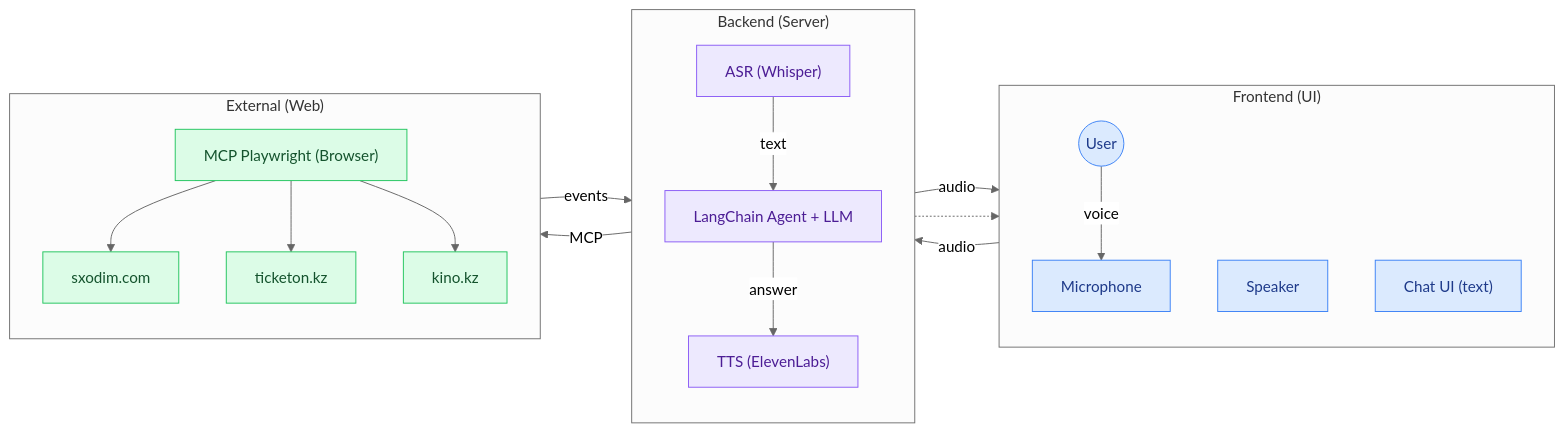
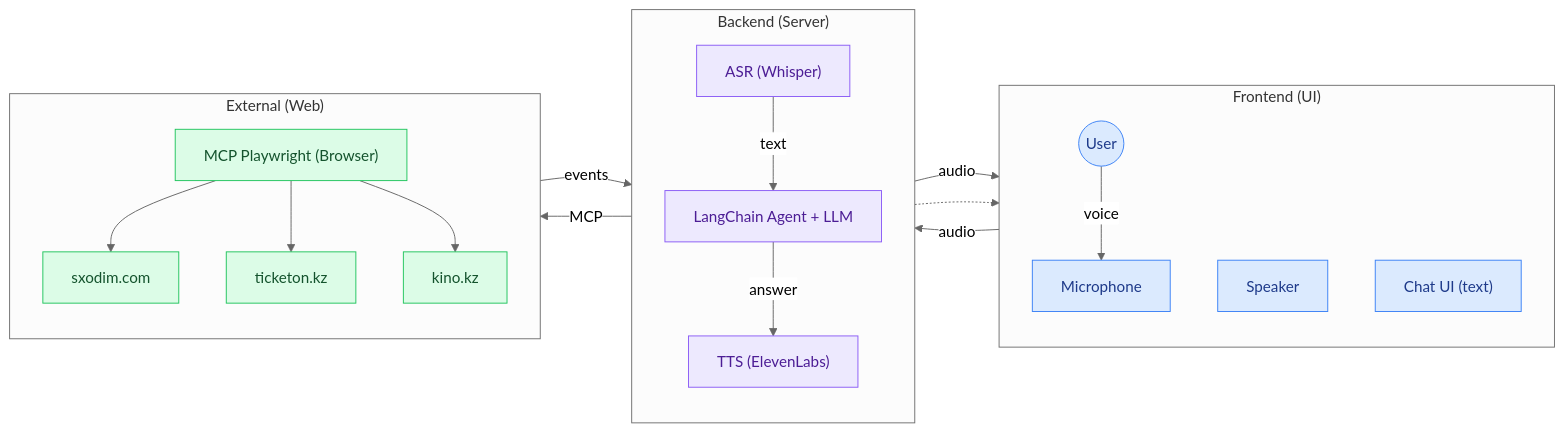
One commit to tazabekov/nfactorial-217-project-17-audio-models changed the diagram in README.md. Above: the diagram before and after it, drawn with Mermaid (neutral theme).

Commit message:
Force Frontend/Backend/External column order in Mermaid diagram

````diff
--- a/README.md
+++ b/README.md
@@ -39,45 +39,47 @@
 ```mermaid
 flowchart LR
     subgraph FE["Frontend (UI)"]
         direction TB
         User(("User"))
         Mic["Microphone"]
         Speaker["Speaker"]
         ChatUI["Chat UI (text)"]
         User -- voice --> Mic
     end
 
     subgraph BE["Backend (Server)"]
         direction TB
         ASR["ASR (Whisper)"]
         Agent["LangChain Agent + LLM"]
         TTS["TTS (ElevenLabs)"]
         ASR -- text --> Agent
         Agent -- answer --> TTS
     end
 
     subgraph EXT["External (Web)"]
         direction TB
         MCPTool["MCP Playwright (Browser)"]
         Sxodim["sxodim.com"]
         Ticketon["ticketon.kz"]
         Kino["kino.kz"]
         MCPTool --> Sxodim
         MCPTool --> Ticketon
         MCPTool --> Kino
     end
 
+    FE ~~~ BE ~~~ EXT
+
     Mic -- audio --> ASR
     Agent -- MCP --> MCPTool
     MCPTool -- events --> Agent
     TTS -- audio --> Speaker
     TTS -.-> ChatUI
 
     classDef frontend fill:#dbeafe,stroke:#3b82f6,color:#1e3a8a;
     classDef backend fill:#ede9fe,stroke:#8b5cf6,color:#4c1d95;
     classDef external fill:#dcfce7,stroke:#22c55e,color:#14532d;
 
     class User,Mic,Speaker,ChatUI frontend;
     class ASR,Agent,TTS backend;
     class MCPTool,Sxodim,Ticketon,Kino external;
 ```
````
